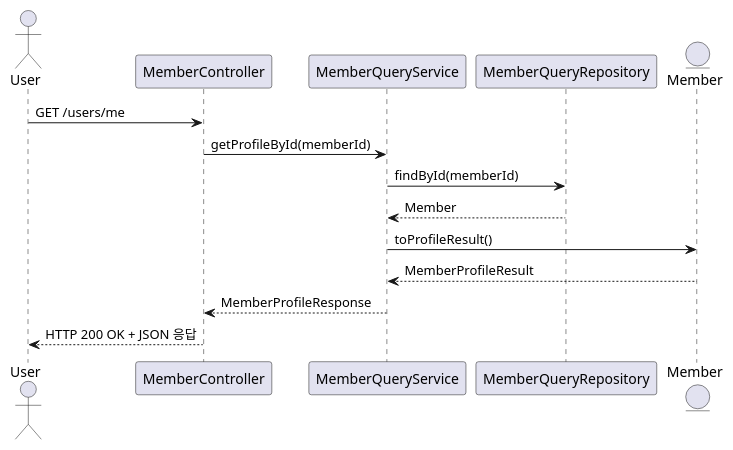
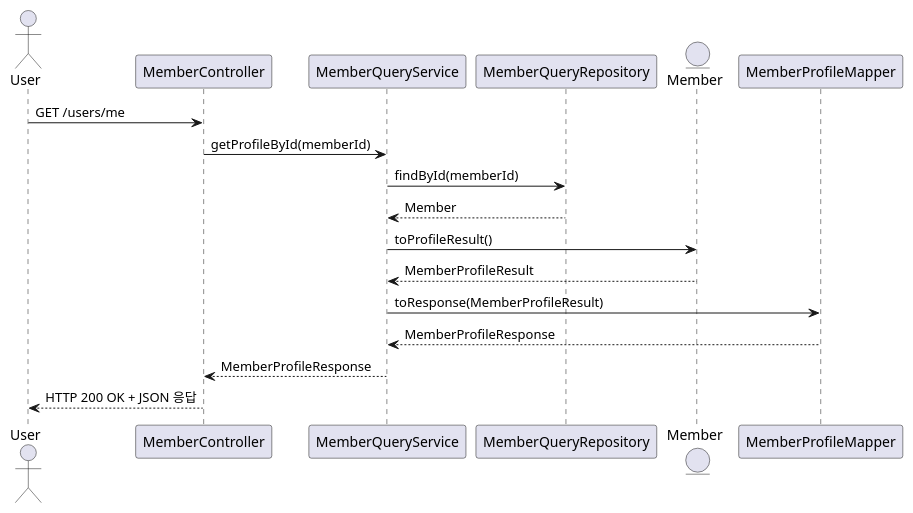
The diagram in document/puml/event/memberContext/memberAggregate/getMyProfile.puml (SimpleBoardTeam/simpleBoard-server), drawn with PlantUML before and after one commit.

Commit message:
docs(diagram): 회원 프로필 조회 시나리오 시퀀스 다이어그램 추가

```diff
--- a/document/puml/event/memberContext/memberAggregate/getMyProfile.puml
+++ b/document/puml/event/memberContext/memberAggregate/getMyProfile.puml
@@ -1,19 +1,24 @@
 @startuml
 actor User
 participant MemberController
 participant MemberQueryService
 participant MemberQueryRepository
 entity Member
+participant MemberProfileMapper
+
 
 User -> MemberController : GET /users/me
 MemberController -> MemberQueryService : getProfileById(memberId)
 
 MemberQueryService -> MemberQueryRepository : findById(memberId)
 MemberQueryRepository --> MemberQueryService : Member
 
 MemberQueryService -> Member : toProfileResult()
 Member --> MemberQueryService : MemberProfileResult
 
+MemberQueryService -> MemberProfileMapper : toResponse(MemberProfileResult)
+MemberProfileMapper --> MemberQueryService : MemberProfileResponse
+
 MemberQueryService --> MemberController : MemberProfileResponse
 MemberController --> User : HTTP 200 OK + JSON 응답
 @enduml
```
